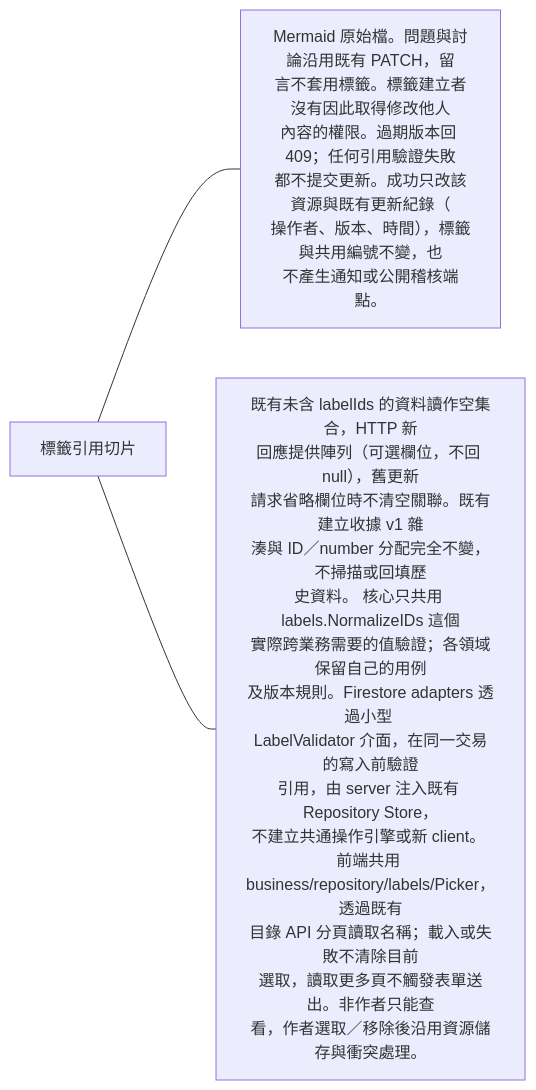
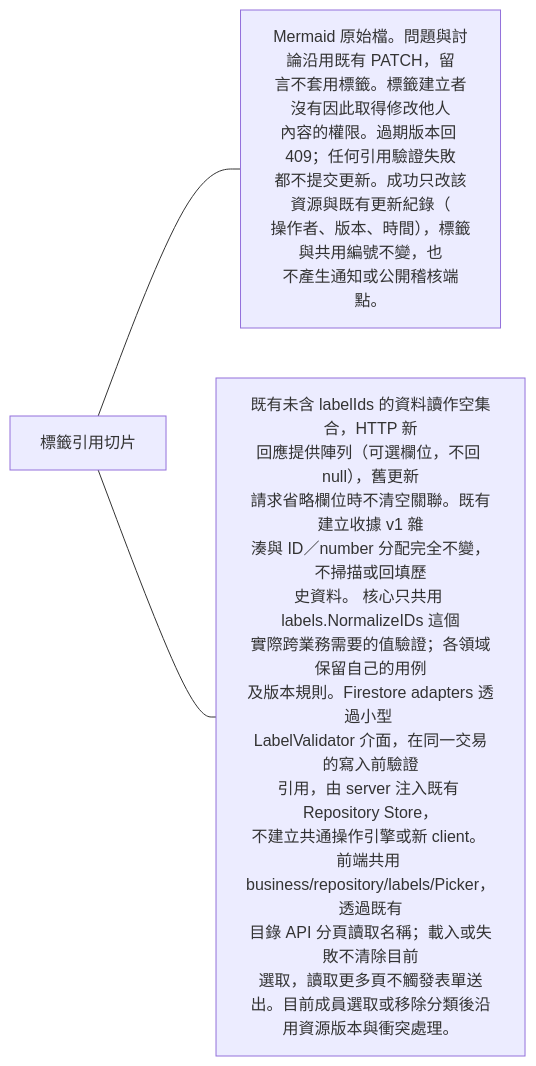
Before and after one commit to 963sup/line-mini-app-bot: the ninth of 9 diagrams in docs/domains/repository/labels.md, drawn with Mermaid. The commit also changed other lines of this file and 25 other files, not shown here.

Commit message:
feat(repository): allow members to classify work and rename labels (#13)

````diff
--- a/docs/domains/repository/labels.md
+++ b/docs/domains/repository/labels.md
@@ -95,7 +101,7 @@
 ```mermaid
 flowchart LR
   h["標籤引用切片"]
   h --- n0["Mermaid 原始檔。問題與討論沿用既有 PATCH，留<br/>言不套用標籤。標籤建立者沒有因此取得修改他人<br/>內容的權限。過期版本回 409；任何引用驗證失敗<br/>都不提交更新。成功只改該資源與既有更新紀錄（<br/>操作者、版本、時間），標籤與共用編號不變，也<br/>不產生通知或公開稽核端點。"]
   click n0 "diagrams/resource-classification.mermaid"
-  h --- n1["既有未含 labelIds 的資料讀作空集合，HTTP 新<br/>回應提供陣列（可選欄位，不回 null），舊更新<br/>請求省略欄位時不清空關聯。既有建立收據 v1 雜<br/>湊與 ID／number 分配完全不變，不掃描或回填歷<br/>史資料。 核心只共用 labels.NormalizeIDs 這個<br/>實際跨業務需要的值驗證；各領域保留自己的用例<br/>及版本規則。Firestore adapters 透過小型 <br/>LabelValidator 介面，在同一交易的寫入前驗證<br/>引用，由 server 注入既有 Repository Store，<br/>不建立共通操作引擎或新 client。 前端共用 <br/>business/repository/labels/Picker，透過既有<br/>目錄 API 分頁讀取名稱；載入或失敗不清除目前<br/>選取，讀取更多頁不觸發表單送出。非作者只能查<br/>看，作者選取／移除後沿用資源儲存與衝突處理。"]
+  h --- n1["既有未含 labelIds 的資料讀作空集合，HTTP 新<br/>回應提供陣列（可選欄位，不回 null），舊更新<br/>請求省略欄位時不清空關聯。既有建立收據 v1 雜<br/>湊與 ID／number 分配完全不變，不掃描或回填歷<br/>史資料。 核心只共用 labels.NormalizeIDs 這個<br/>實際跨業務需要的值驗證；各領域保留自己的用例<br/>及版本規則。Firestore adapters 透過小型 <br/>LabelValidator 介面，在同一交易的寫入前驗證<br/>引用，由 server 注入既有 Repository Store，<br/>不建立共通操作引擎或新 client。 前端共用 <br/>business/repository/labels/Picker，透過既有<br/>目錄 API 分頁讀取名稱；載入或失敗不清除目前<br/>選取，讀取更多頁不觸發表單送出。目前成員選取或移除分類後沿用資源版本與衝突處理。"]
 ```
````
